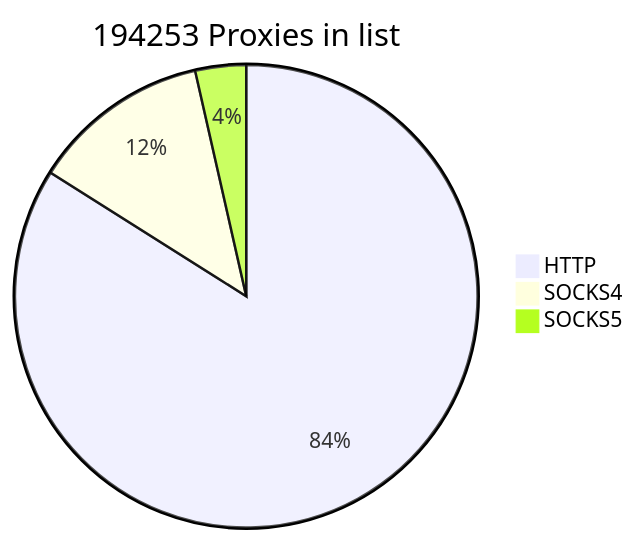
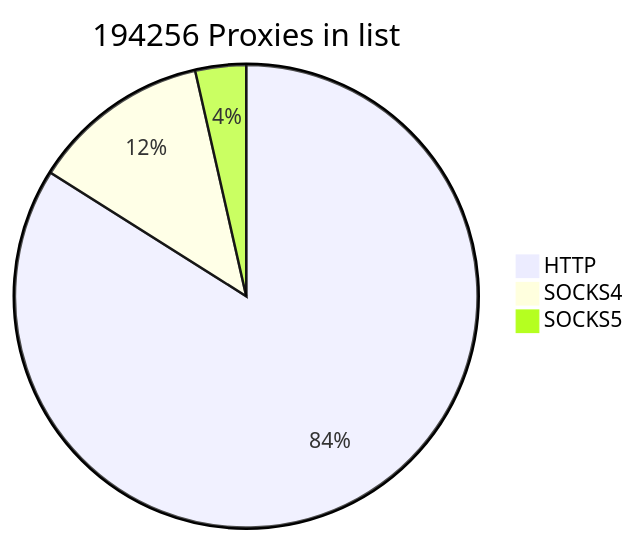
One commit to cutipu/proxylist changed the first of 2 diagrams in README.md. Above: the diagram before and after it, drawn with Mermaid. The commit also changed other lines of this file, not shown here.

````diff
--- a/README.md
+++ b/README.md
@@ -2,7 +2,7 @@
 ```mermaid
-pie title 194253 Proxies in list
+pie title 194256 Proxies in list
     "HTTP" : 163104
-    "SOCKS4" : 24255
-    "SOCKS5" : 6894
+    "SOCKS4" : 24262
+    "SOCKS5" : 6890
             
 ```
````
